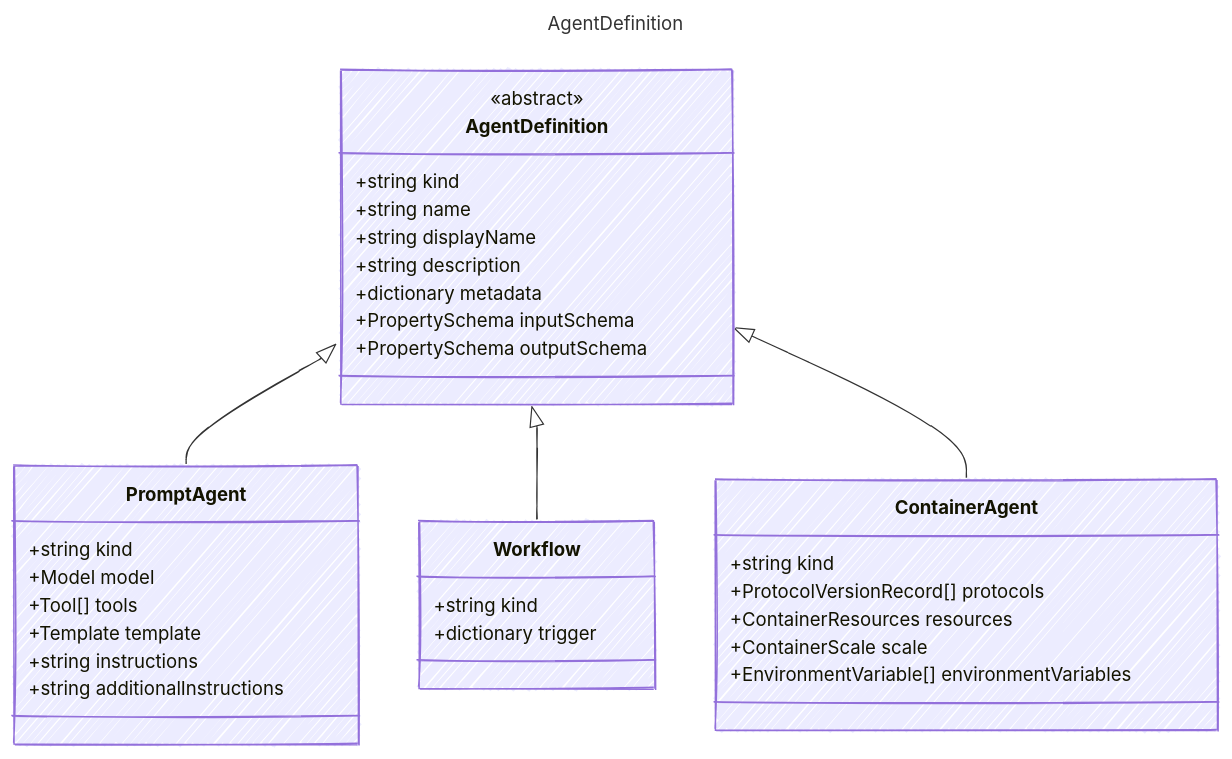
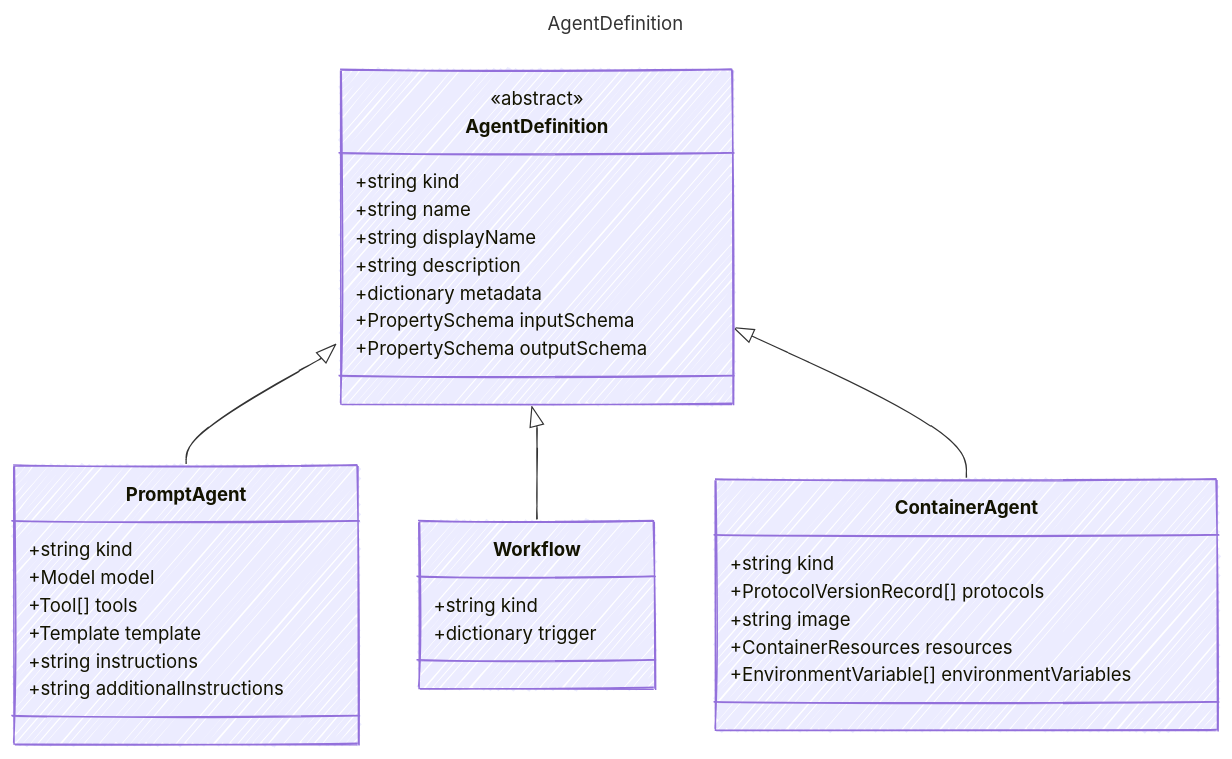
The diagram in docs/src/content/docs/reference/AgentDefinition.md (microsoft/AgentSchema), drawn with Mermaid before and after one commit. The commit also changed 25 other files, not shown here.

First line of the commit message:
Refactor ContainerAgent schema: Remove scaling configuration and add image property

````diff
--- a/docs/src/content/docs/reference/AgentDefinition.md
+++ b/docs/src/content/docs/reference/AgentDefinition.md
@@ -14,43 +14,43 @@
 ```mermaid
 ---
 title: AgentDefinition
 config:
   look: handDrawn
   theme: colorful
   class:
     hideEmptyMembersBox: true
 ---
 classDiagram
     class AgentDefinition {
       <<abstract>>
         +string kind
         +string name
         +string displayName
         +string description
         +dictionary metadata
         +PropertySchema inputSchema
         +PropertySchema outputSchema
     }
     class PromptAgent {
         +string kind
         +Model model
         +Tool[] tools
         +Template template
         +string instructions
         +string additionalInstructions
     }
     AgentDefinition <|-- PromptAgent
     class Workflow {
         +string kind
         +dictionary trigger
     }
     AgentDefinition <|-- Workflow
     class ContainerAgent {
         +string kind
         +ProtocolVersionRecord[] protocols
+        +string image
         +ContainerResources resources
-        +ContainerScale scale
         +EnvironmentVariable[] environmentVariables
     }
     AgentDefinition <|-- ContainerAgent
 ```
````
